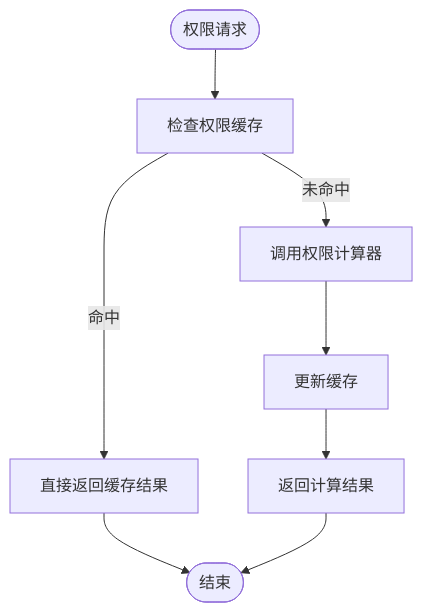
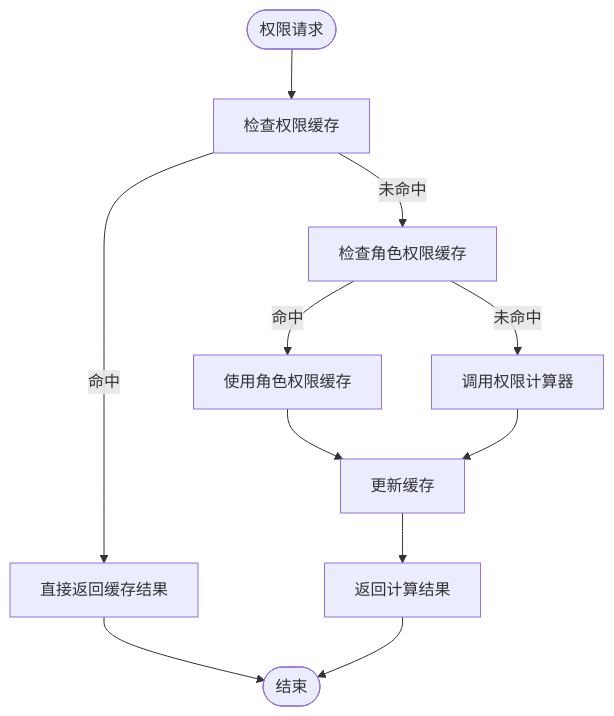
One commit to liming-lihaini/workflow changed the ninth of 10 diagrams in .qoder/repowiki/zh/content/权限控制系统/权限控制系统.md. Above: the diagram before and after it, drawn with Mermaid. The commit also changed other lines of this file and 57 other files, not shown here.

````diff
--- a/.qoder/repowiki/zh/content/权限控制系统/权限控制系统.md
+++ b/.qoder/repowiki/zh/content/权限控制系统/权限控制系统.md
@@ -492,10 +514,13 @@
 ```mermaid
 flowchart TD
 Req(["权限请求"]) --> CheckCache["检查权限缓存"]
 CheckCache --> |命中| ReturnCached["直接返回缓存结果"]
-CheckCache --> |未命中| Compute["调用权限计算器"]
-Compute --> UpdateCache["更新缓存"]
+CheckCache --> |未命中| CheckRoleCache["检查角色权限缓存"]
+CheckRoleCache --> |命中| UseRoleCache["使用角色权限缓存"]
+CheckRoleCache --> |未命中| Compute["调用权限计算器"]
+UseRoleCache --> UpdateCache["更新缓存"]
+Compute --> UpdateCache
 UpdateCache --> ReturnComputed["返回计算结果"]
 ReturnCached --> End(["结束"])
 ReturnComputed --> End
 ```
````
